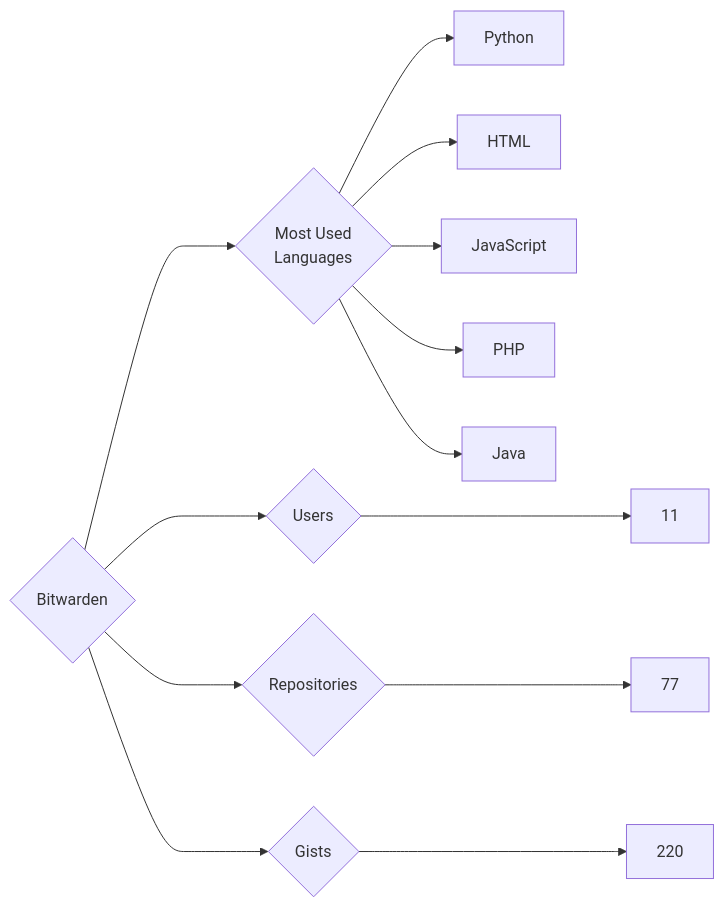
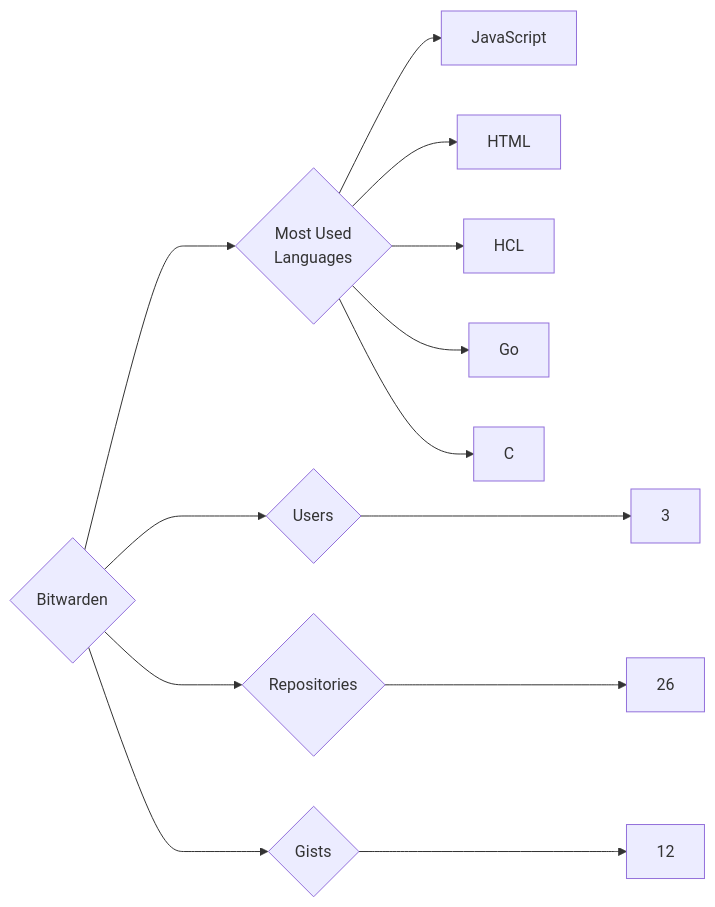
Before and after one commit to trickest/insiders: the diagram in targets/Bitwarden/README.md, drawn with Mermaid. The commit also changed 1141 other files, not shown here.

````diff
--- a/targets/Bitwarden/README.md
+++ b/targets/Bitwarden/README.md
@@ -3,13 +3,13 @@
 ```mermaid
 graph LR
 COMPANY_NAME{Bitwarden}
-COMPANY_NAME ---> U{Users} ---> UN[11]
-COMPANY_NAME ---> R{Repositories} ---> RN[77]
-COMPANY_NAME ---> G{Gists} ---> GN[220]
+COMPANY_NAME ---> U{Users} ---> UN[3]
+COMPANY_NAME ---> R{Repositories} ---> RN[26]
+COMPANY_NAME ---> G{Gists} ---> GN[12]
 COMPANY_NAME ---> ML{Most Used<br>Languages}
-ML --> Python[Python]
+ML --> JavaScript[JavaScript]
 ML --> HTML[HTML]
-ML --> JavaScript[JavaScript]
-ML --> PHP[PHP]
-ML --> Java[Java]
+ML --> HCL[HCL]
+ML --> Go[Go]
+ML --> C[C]
 ```
````
